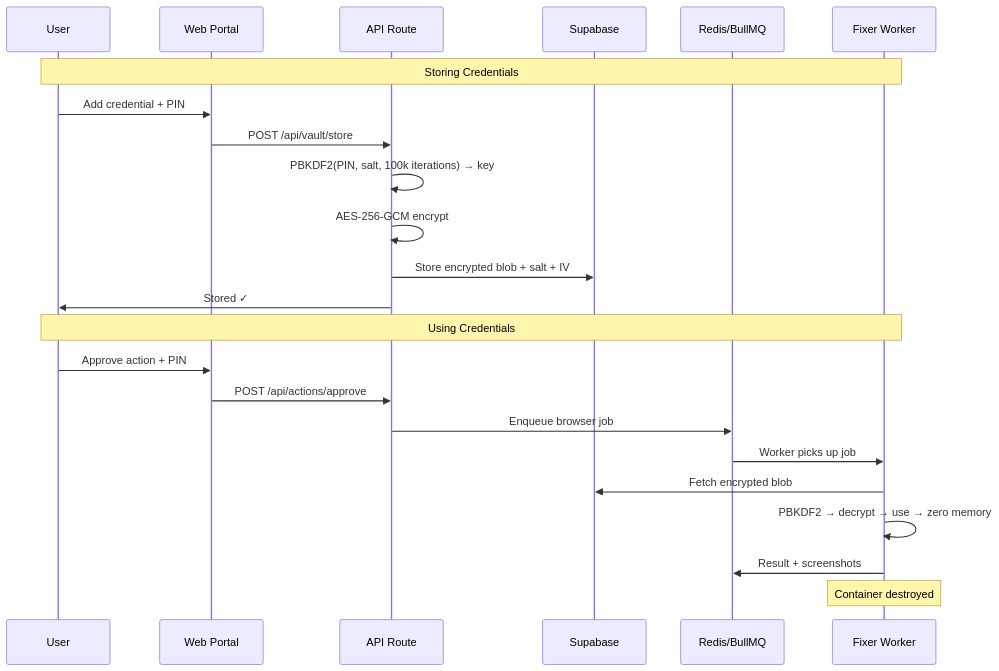
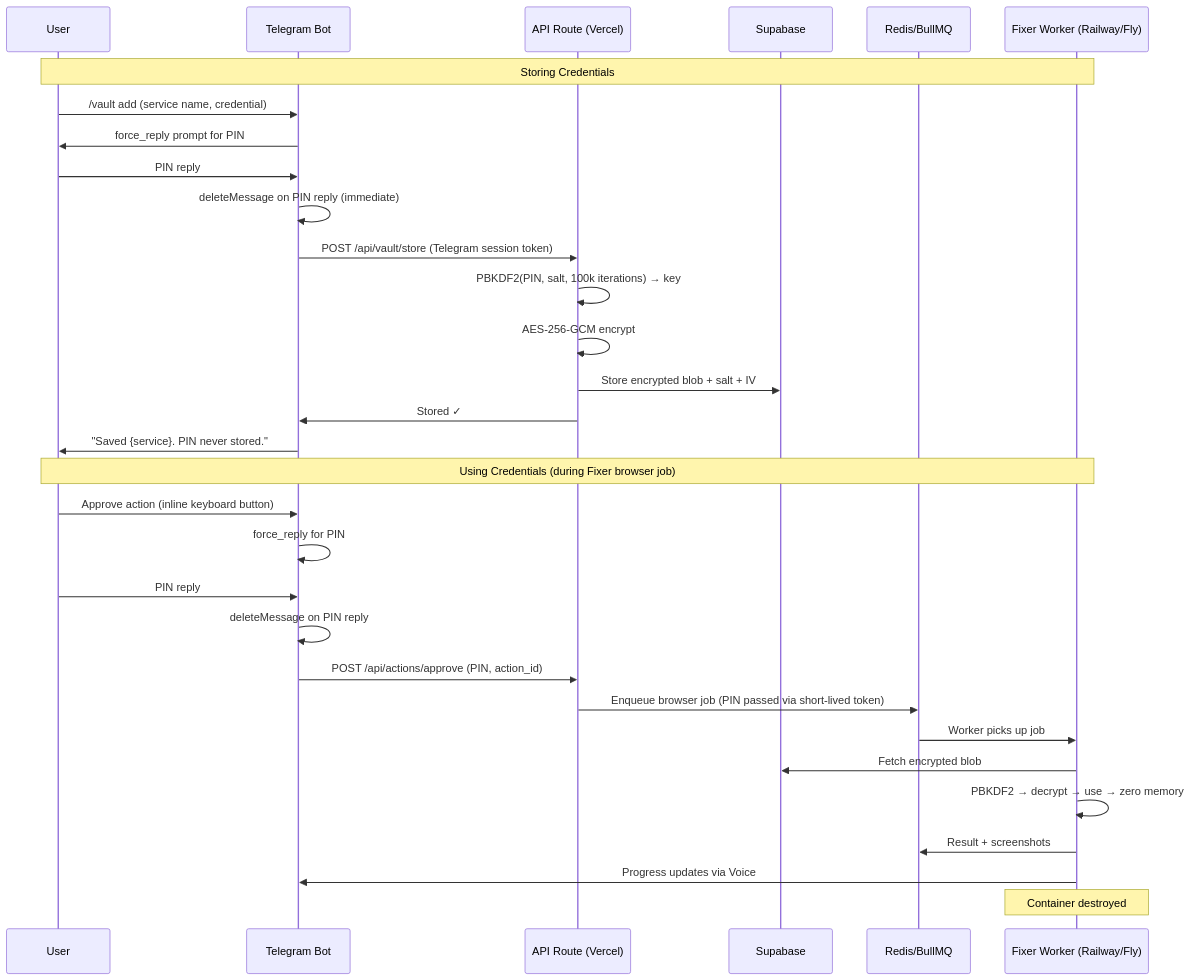
The fourth of 5 diagrams in .kiro/specs/ai-financial-agent/design.md (malepatip/realvalueai), drawn with Mermaid before and after one commit. The commit also changed other lines of this file, not shown here.

First line of the commit message:
docs(spec): design.md — Telegram-first rewrite (mermaid + API + RLS)

````diff
--- a/.kiro/specs/ai-financial-agent/design.md
+++ b/.kiro/specs/ai-financial-agent/design.md
@@ -410,27 +422,35 @@
 ```mermaid
 sequenceDiagram
     participant U as User
-    participant WP as Web Portal
-    participant API as API Route
+    participant TG as Telegram Bot
+    participant API as API Route (Vercel)
     participant DB as Supabase
     participant R as Redis/BullMQ
-    participant FW as Fixer Worker
+    participant FW as Fixer Worker (Railway/Fly)
 
     Note over U,FW: Storing Credentials
-    U->>WP: Add credential + PIN
-    WP->>API: POST /api/vault/store
+    U->>TG: /vault add (service name, credential)
+    TG->>U: force_reply prompt for PIN
+    U->>TG: PIN reply
+    TG->>TG: deleteMessage on PIN reply (immediate)
+    TG->>API: POST /api/vault/store (Telegram session token)
     API->>API: PBKDF2(PIN, salt, 100k iterations) → key
     API->>API: AES-256-GCM encrypt
     API->>DB: Store encrypted blob + salt + IV
-    API->>U: Stored ✓
+    API->>TG: Stored ✓
+    TG->>U: "Saved {service}. PIN never stored."
 
-    Note over U,FW: Using Credentials
-    U->>WP: Approve action + PIN
-    WP->>API: POST /api/actions/approve
-    API->>R: Enqueue browser job
+    Note over U,FW: Using Credentials (during Fixer browser job)
+    U->>TG: Approve action (inline keyboard button)
+    TG->>TG: force_reply for PIN
+    U->>TG: PIN reply
+    TG->>TG: deleteMessage on PIN reply
+    TG->>API: POST /api/actions/approve (PIN, action_id)
+    API->>R: Enqueue browser job (PIN passed via short-lived token)
     R->>FW: Worker picks up job
     FW->>DB: Fetch encrypted blob
     FW->>FW: PBKDF2 → decrypt → use → zero memory
     FW->>R: Result + screenshots
+    FW->>TG: Progress updates via Voice
     Note over FW: Container destroyed
 ```
````
